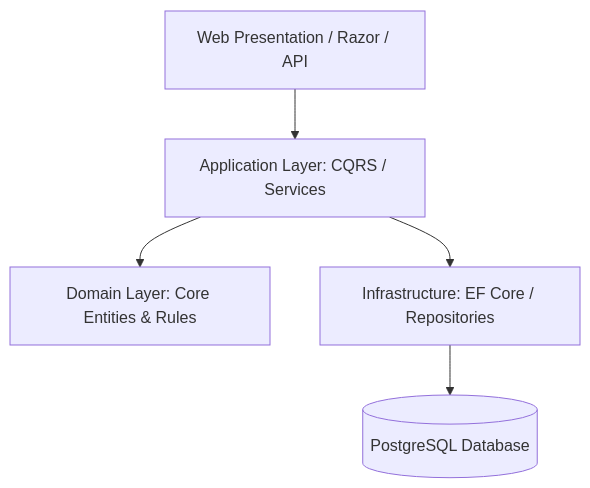
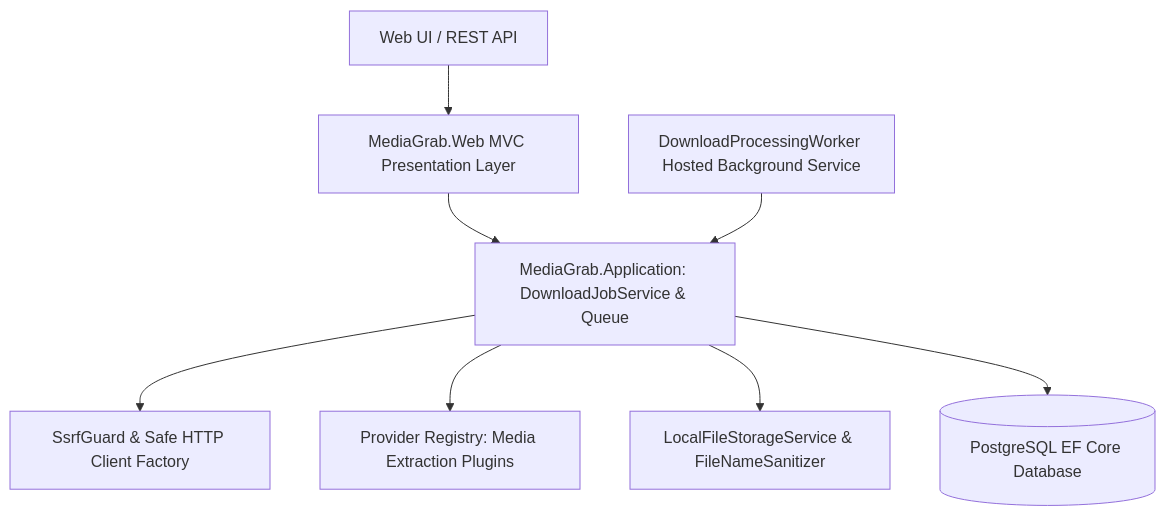
The diagram in README.md (abdussatarkhan/media-grab), drawn with Mermaid before and after one commit. The commit also changed other lines of this file, not shown here.

Commit message:
docs(readme): rewrite documentation for software engineering & desktop systems architecture

````diff
--- a/README.md
+++ b/README.md
@@ -22,7 +23,10 @@
 ```mermaid
 graph TD
-    Web[Web Presentation / Razor / API] --> App[Application Layer: CQRS / Services]
-    App --> Domain[Domain Layer: Core Entities & Rules]
-    App --> Infra[Infrastructure: EF Core / Repositories]
-    Infra --> DB[(PostgreSQL Database)]
+    Client[Web UI / REST API] --> Web[MediaGrab.Web MVC Presentation Layer]
+    Web --> App[MediaGrab.Application: DownloadJobService & Queue]
+    App --> Guard[SsrfGuard & Safe HTTP Client Factory]
+    App --> Providers[Provider Registry: Media Extraction Plugins]
+    App --> Storage[LocalFileStorageService & FileNameSanitizer]
+    App --> DB[(PostgreSQL EF Core Database)]
+    Worker[DownloadProcessingWorker Hosted Background Service] --> App
 ```
````
